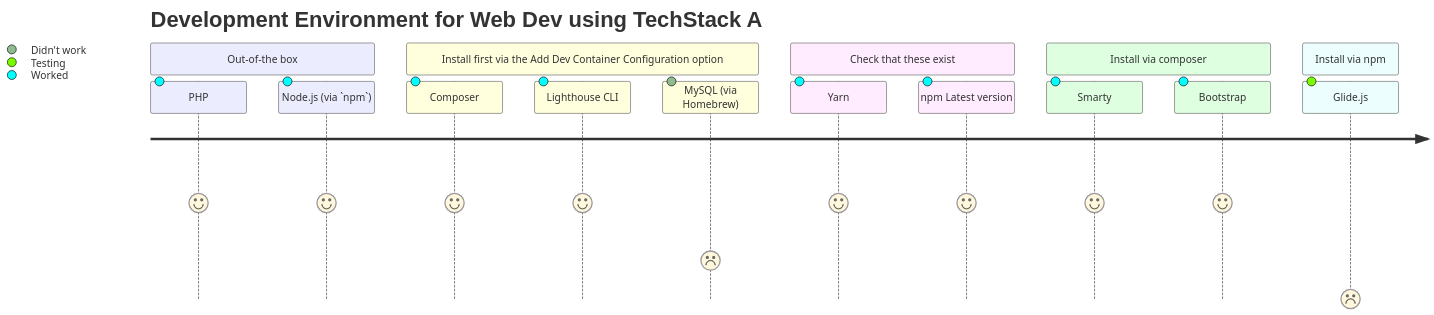
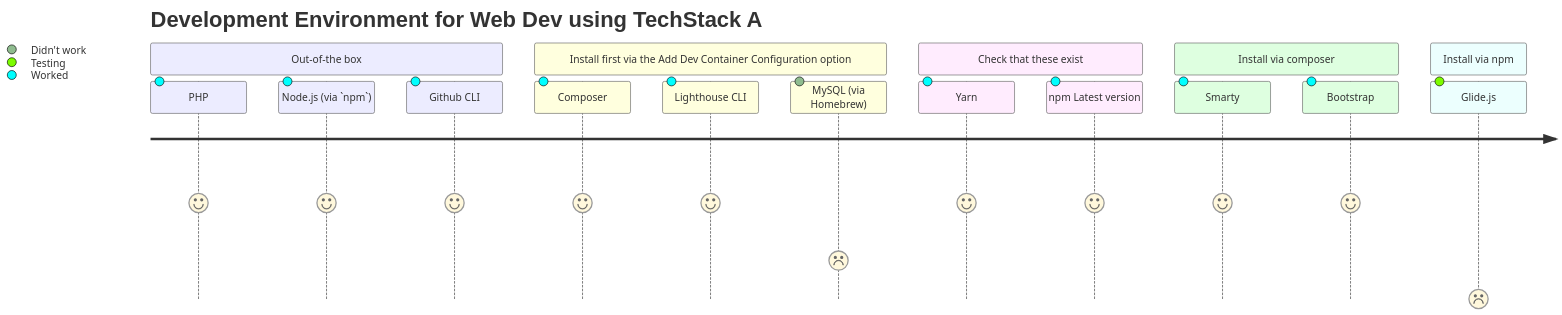
The diagram in README.md (kakiac/DevEnv-Smarty), drawn with Mermaid before and after one commit. The commit also changed other lines of this file and 2 other files, not shown here.

````diff
--- a/README.md
+++ b/README.md
@@ -8,23 +8,24 @@
 ```mermaid
 journey
     title Development Environment for Web Dev using TechStack A
     section Out-of-the box
       PHP: 5: Worked
       Node.js (via `npm`): 5: Worked
+      Github CLI: 5: Worked
     section Install first via the Add Dev Container Configuration option
       Composer: 5: Worked
       Lighthouse CLI: 5: Worked
       MySQL (via Homebrew): 2: Didn't work
     Section Check that these exist
       Yarn: 5: Worked
       npm Latest version: 5: Worked
     section Install via composer
       Smarty: 5: Worked
       Bootstrap: 5: Worked
     section Install via npm
       Glide.js: 0: Testing
 
 
       
 
 ```
````
